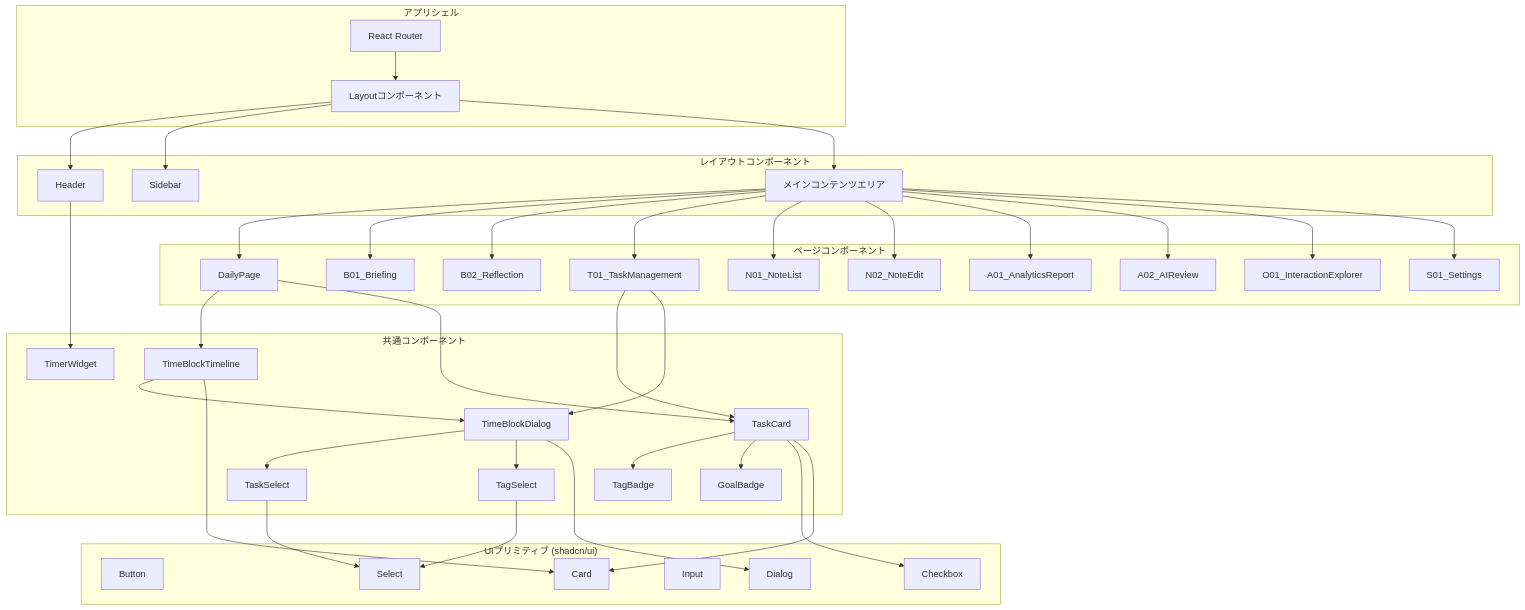
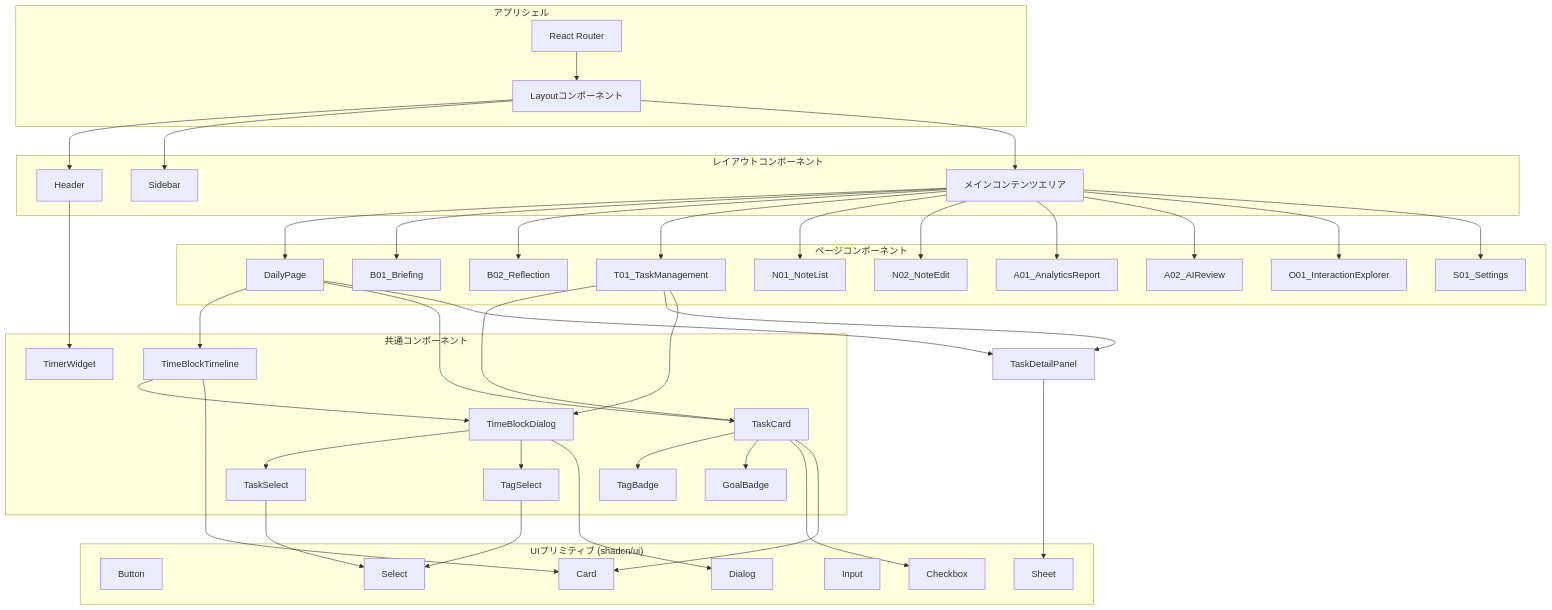
One commit to yu-min3/kensan changed the first of 4 diagrams in src/ARCHITECTURE.md. Above: the diagram before and after it, drawn with Mermaid. The commit also changed other lines of this file and 45 other files, not shown here.

Commit message:
mindmapの追加、レイクハウスの整理

```diff
--- a/src/ARCHITECTURE.md
+++ b/src/ARCHITECTURE.md
@@ -137,6 +137,7 @@
         Button[Button]
         Card[Card]
         Dialog[Dialog]
+        Sheet[Sheet]
         Input[Input]
         Select[Select]
         Checkbox[Checkbox]
@@ -162,6 +163,9 @@
     Daily --> Timeline
     Daily --> TaskCard
     Tasks --> TaskCard
+    Tasks --> TaskDetailPanel[TaskDetailPanel]
+    Daily --> TaskDetailPanel
+    TaskDetailPanel --> Sheet
     Tasks --> TimeBlockDialog
     Timeline --> TimeBlockDialog
 
```
